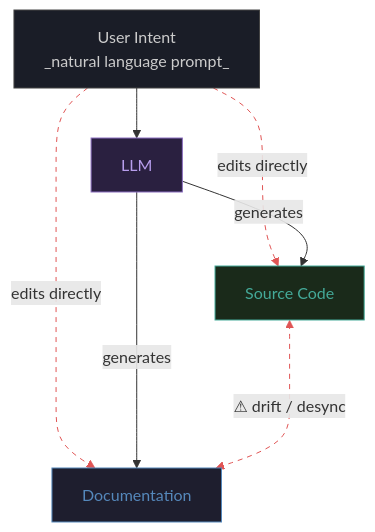
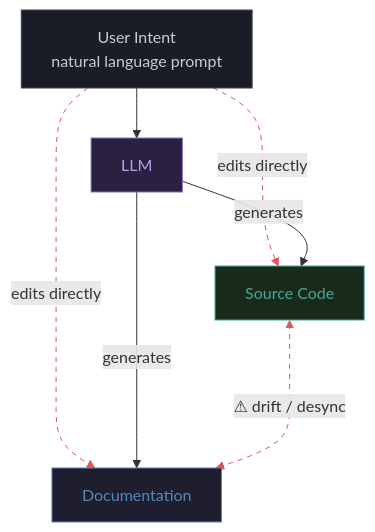
Before and after one commit to davidroeca/NotarAI: the second of 13 diagrams in docs/motivation-system-diagrams.md, drawn with Mermaid. The commit also changed other lines of this file, not shown here.

````diff
--- a/docs/motivation-system-diagrams.md
+++ b/docs/motivation-system-diagrams.md
@@ -27,23 +27,23 @@
 ```mermaid
 flowchart TD
-    Intent["User Intent<br/>_natural language prompt_"]
+    Intent["User Intent<br/>natural language prompt"]
     LLM["LLM"]
     Code["Source Code"]
     Docs["Documentation"]
 
     Intent --> LLM
     Intent -.->|"edits directly"| Code
     Intent -.->|"edits directly"| Docs
     LLM -->|generates| Code
     LLM -->|generates| Docs
     Code <-..->|"⚠ drift / desync"| Docs
 
     style Intent fill:#1a1d27,stroke:#444,color:#ccc
     style LLM fill:#2a2040,stroke:#8b6fc0,color:#b89eed
     style Code fill:#1a2a1a,stroke:#4a9,color:#4a9
     style Docs fill:#1e1e2e,stroke:#5588bb,color:#5588bb
 
     linkStyle 1 stroke:#e05555,stroke-dasharray:5 5
     linkStyle 2 stroke:#e05555,stroke-dasharray:5 5
     linkStyle 5 stroke:#e05555,stroke-dasharray:5 5
 ```
````
